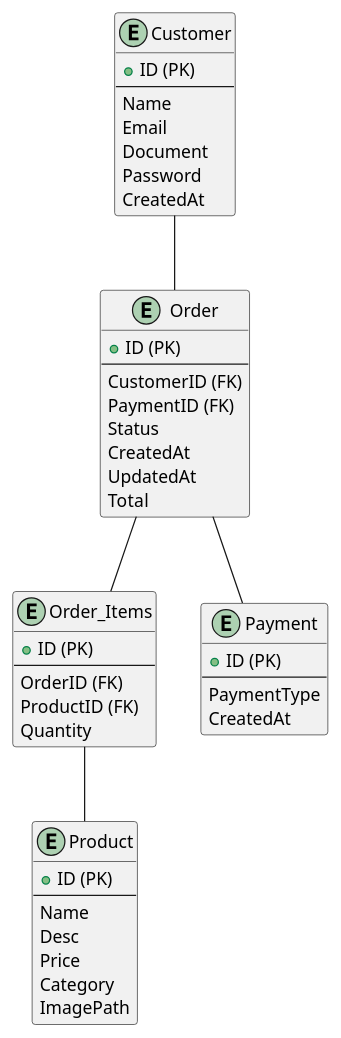
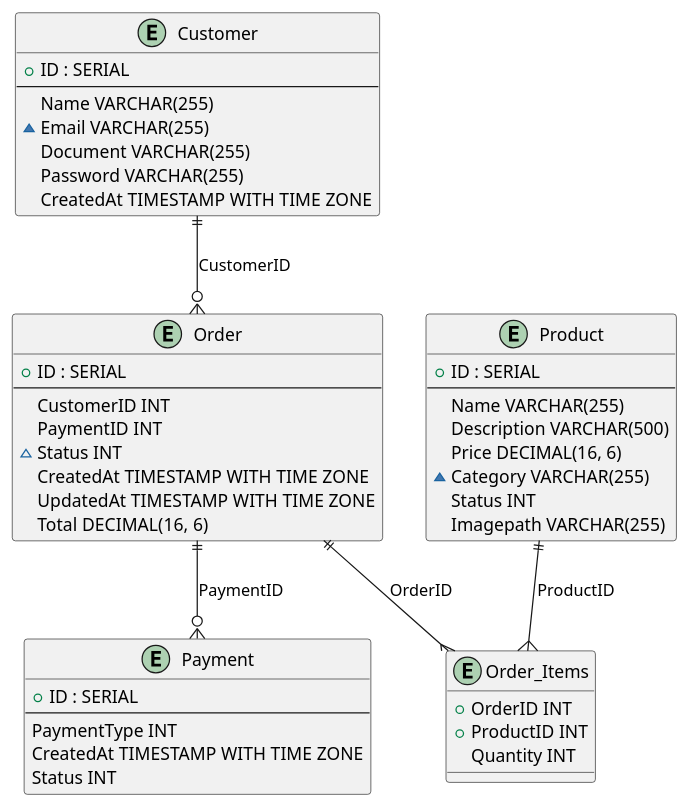
The diagram in docs/ER.puml (arceruiz/tech-challenge), drawn with PlantUML before and after one commit. The commit also changed 1 other file, not shown here.

Commit message:
adicionando mer diagram

```diff
--- a/docs/ER.puml
+++ b/docs/ER.puml
@@ -1,55 +1,54 @@
 @startuml
 
-entity "Customer" as Customer {
-  +ID (PK)
+entity "Customer" {
+  + ID : SERIAL
   --
-  Name
-  Email
-  Document
-  Password
-  CreatedAt
+  Name VARCHAR(255)
+  ~ Email VARCHAR(255)
+  Document VARCHAR(255)
+  Password VARCHAR(255)
+  CreatedAt TIMESTAMP WITH TIME ZONE
 }
 
-
-entity "Product" as Product {
-  +ID (PK)
+entity "Product" {
+  + ID : SERIAL
   --
-  Name
-  Desc
-  Price
-  Category
-  ImagePath
+  Name VARCHAR(255)
+  Description VARCHAR(500)
+  Price DECIMAL(16, 6)
+  ~ Category VARCHAR(255)
+  Status INT
+  Imagepath VARCHAR(255)
 }
 
-entity "Order_Items" as OrderItems {
-  +ID (PK)
+entity "Payment" {
+  + ID : SERIAL
   --
-  OrderID (FK)
-  ProductID (FK)
-  Quantity
+  PaymentType INT
+  CreatedAt TIMESTAMP WITH TIME ZONE
+  Status INT
 }
 
-entity "Order" as Order {
-  +ID (PK)
+entity "Order" {
+  + ID : SERIAL
   --
-  CustomerID (FK)
-  PaymentID (FK)
-  Status
-  CreatedAt
-  UpdatedAt
-  Total
+  CustomerID INT
+  PaymentID INT
+  ~ Status INT
+  CreatedAt TIMESTAMP WITH TIME ZONE
+  UpdatedAt TIMESTAMP WITH TIME ZONE
+  Total DECIMAL(16, 6)
 }
 
-entity "Payment" as Payment {
-  +ID (PK)
-  --
-  PaymentType
-  CreatedAt
+entity "Order_Items" {
+  + OrderID INT
+  + ProductID INT
+  Quantity INT
 }
 
-Customer -- Order
-Order -- OrderItems
-Order -- Payment
-OrderItems -- Product
+Customer ||--o{ Order : CustomerID
+Order ||--o{ Payment : PaymentID
+Order ||--{ Order_Items : OrderID
+Product ||--{ Order_Items : ProductID
 
 @enduml
```
